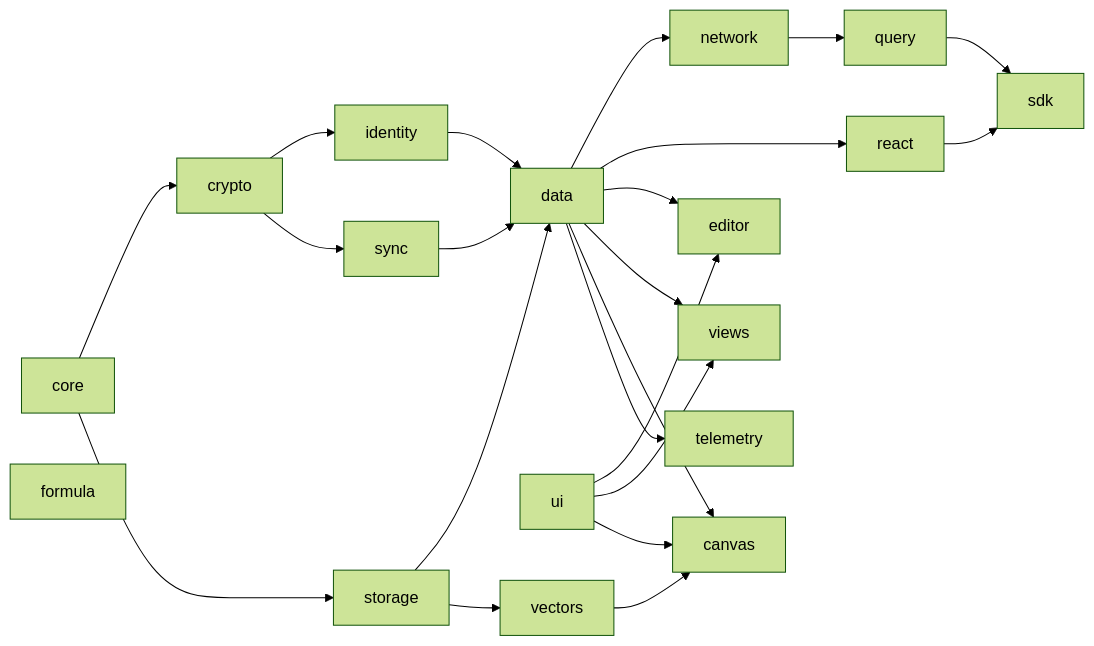
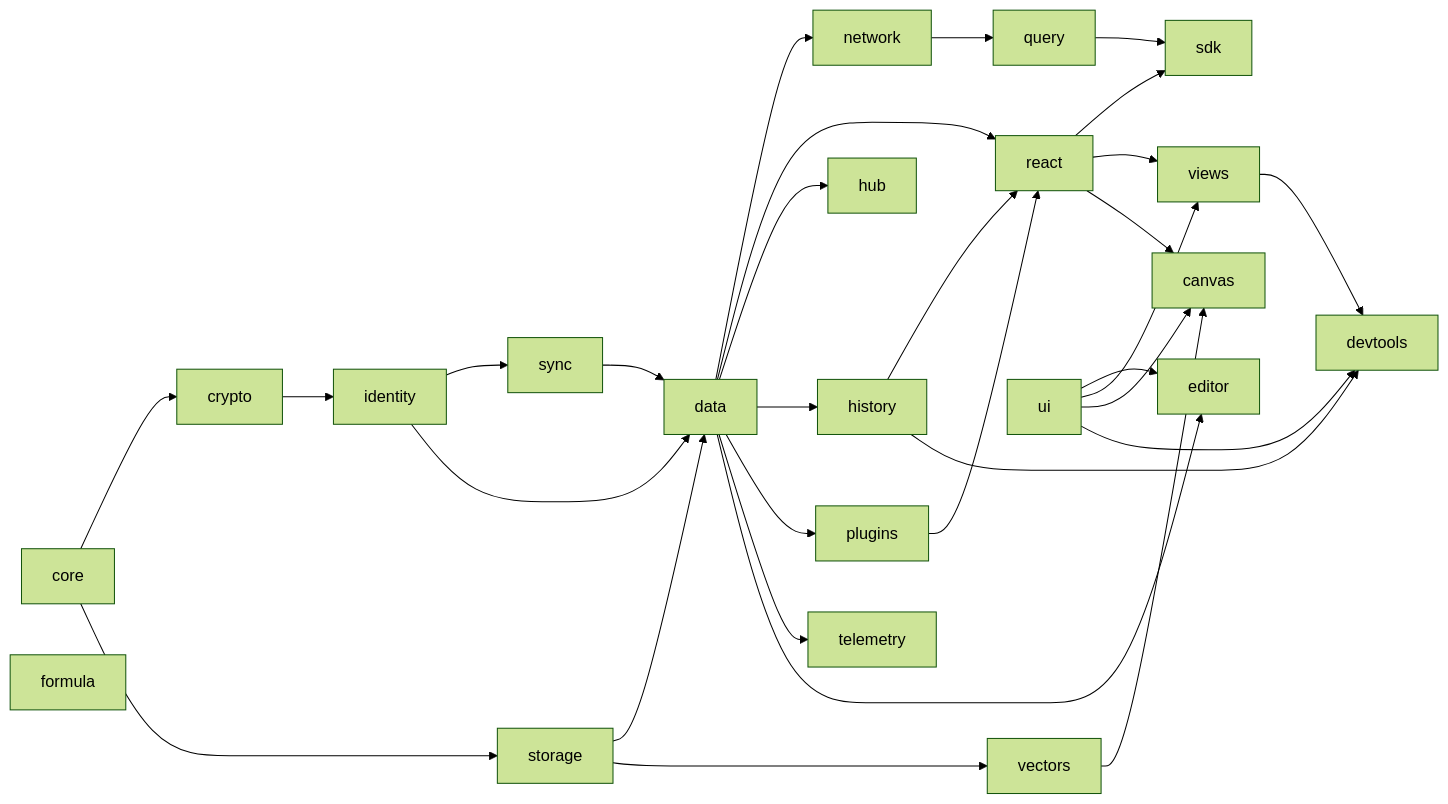
Before and after one commit to crs48/xNet: the second of 2 diagrams in packages/README.md, drawn with Mermaid (forest theme). The commit also changed other lines of this file and 28 other files, not shown here.

````diff
--- a/packages/README.md
+++ b/packages/README.md
@@ -94,23 +146,25 @@
 ```mermaid
 flowchart LR
-    core --> crypto --> identity
-    crypto --> sync
+    core --> crypto --> identity --> sync
     core --> storage
+    sync --> data
+    storage --> data
     identity --> data
-    storage --> data
-    sync --> data
-    data --> network --> query
-    data --> react
+    data --> network --> query --> sdk
+    data --> react --> sdk
+    data --> hub
+    data --> history --> react
+    data --> plugins --> react
+    data --> telemetry
     ui --> editor
     data --> editor
     ui --> views
-    data --> views
-    storage --> vectors
-    vectors --> canvas
+    react --> views
     ui --> canvas
-    data --> canvas
-    data --> telemetry
-    react --> sdk
-    query --> sdk
+    react --> canvas
+    storage --> vectors --> canvas
+    history --> devtools
+    ui --> devtools
+    views --> devtools
     formula
 ```
````
